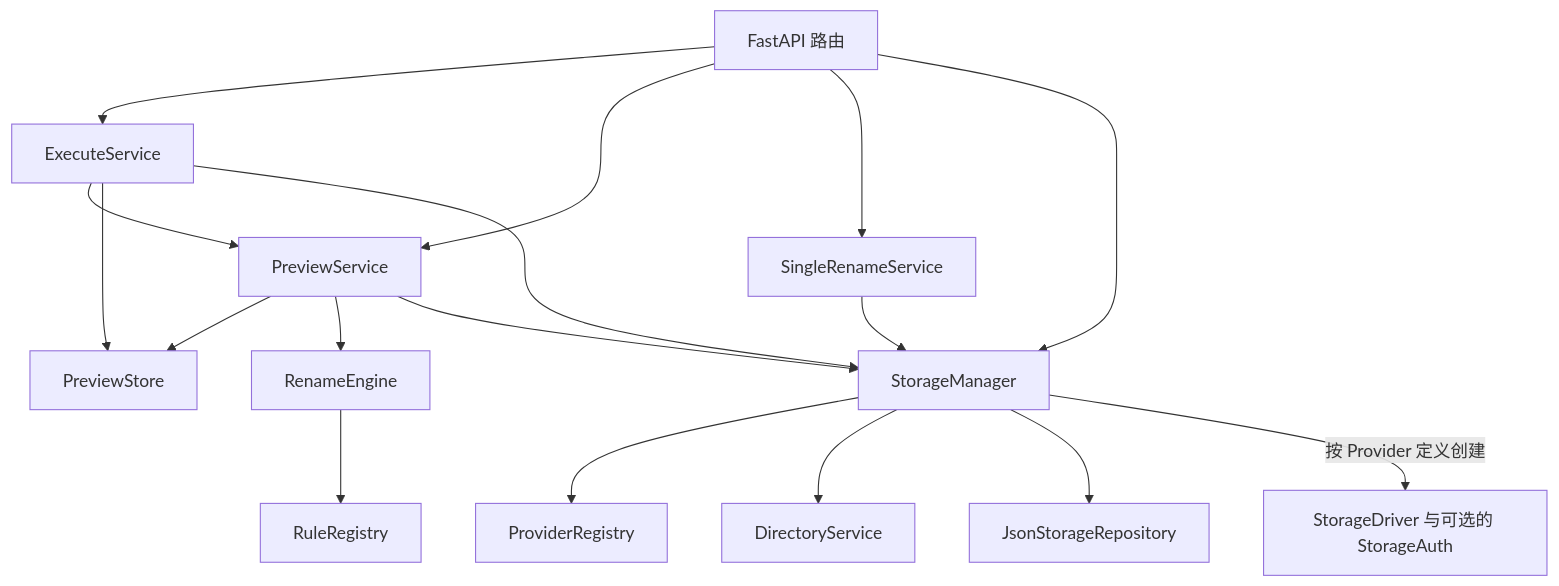
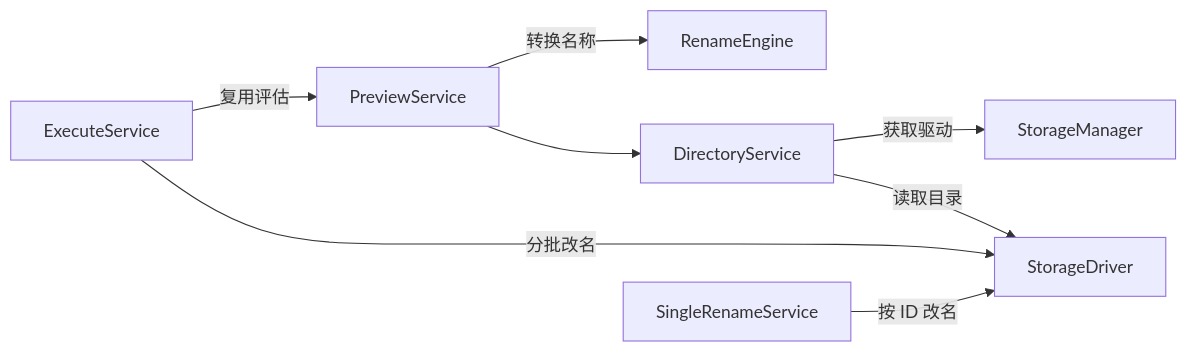
The first of 4 diagrams in docs/backend/ARCHITECTURE.md (runoobjerry/Rename_Studio), drawn with Mermaid before and after one commit. The commit also changed other lines of this file and 27 other files, not shown here.

````diff
--- a/docs/backend/ARCHITECTURE.md
+++ b/docs/backend/ARCHITECTURE.md
@@ -31,19 +32,10 @@
 ```mermaid
-flowchart TB
-  Routes["FastAPI 路由"] --> Batch["ExecuteService"]
-  Routes --> Preview["PreviewService"]
-  Routes --> Single["SingleRenameService"]
-  Routes --> Manager["StorageManager"]
-  Batch --> Preview
-  Batch --> Snapshots["PreviewStore"]
-  Preview --> Snapshots
-  Preview --> Engine["RenameEngine"]
-  Engine --> Rules["RuleRegistry"]
-  Preview --> Manager
-  Batch --> Manager
-  Single --> Manager
-  Manager --> Providers["ProviderRegistry"]
-  Manager --> Directories["DirectoryService"]
-  Manager --> Repository["JsonStorageRepository"]
-  Manager -->|按 Provider 定义创建| Instances["StorageDriver 与可选的 StorageAuth"]
+flowchart LR
+  Batch["ExecuteService"] -->|复用评估| Preview["PreviewService"]
+  Preview -->|转换名称| Engine["RenameEngine"]
+  Preview --> Directories["DirectoryService"]
+  Directories -->|获取驱动| Manager["StorageManager"]
+  Directories -->|读取目录| Driver["StorageDriver"]
+  Batch -->|分批改名| Driver
+  Single["SingleRenameService"] -->|按 ID 改名| Driver
 ```
````
